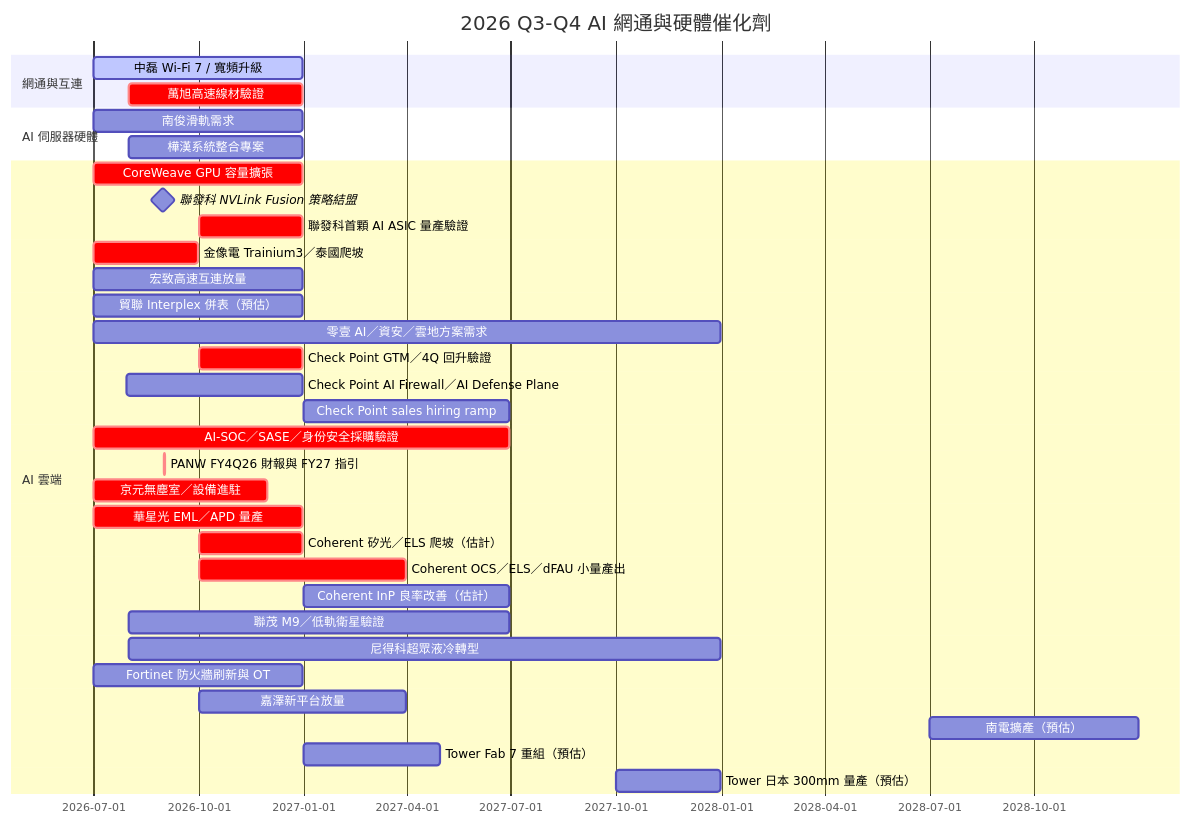
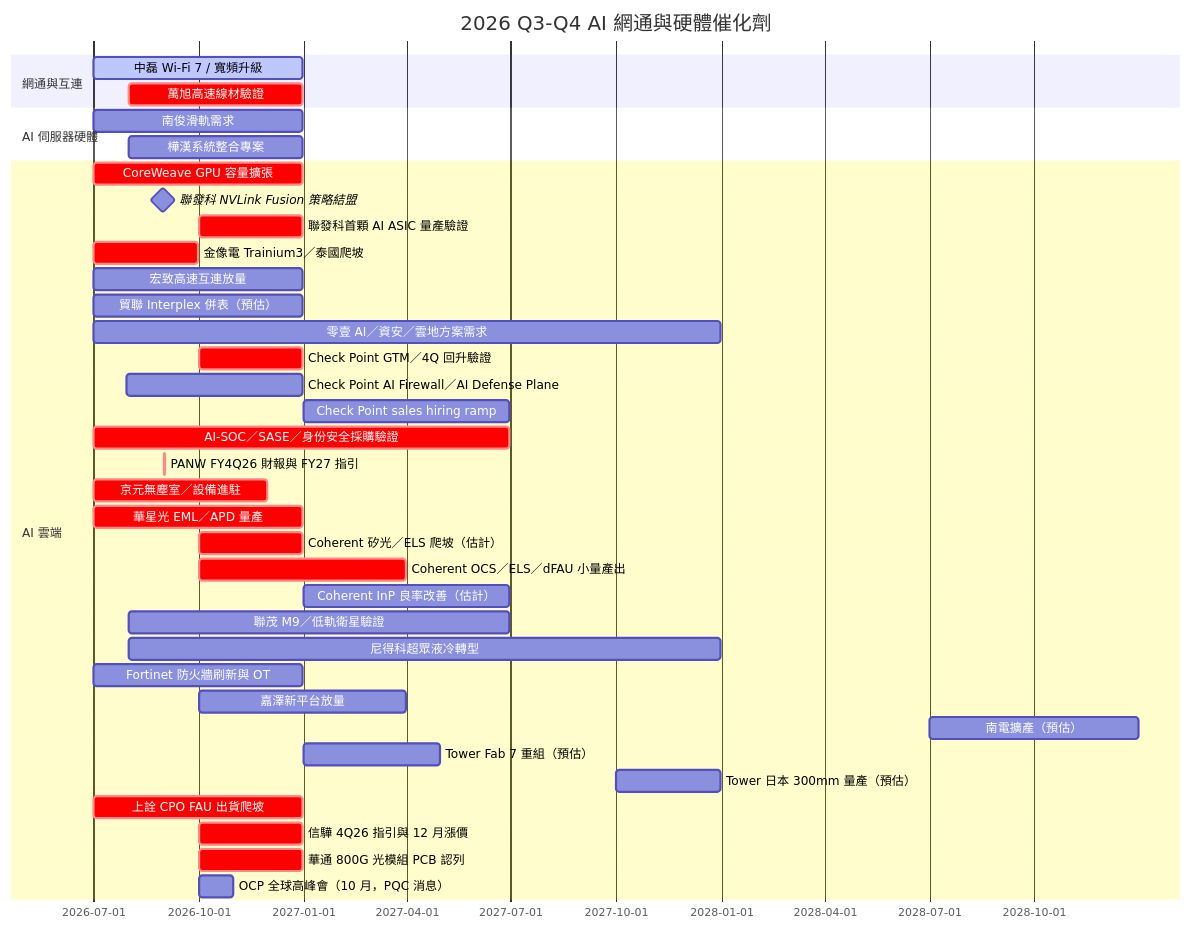
Before and after one commit to kevn950324/wiki_Stockv2: the third of 4 diagrams in content/lib/5.schedule/時程_2026Q3Q4_AI網通與硬體催化劑.md, drawn with Mermaid. The commit also changed other lines of this file and 44 other files, not shown here.

````diff
--- a/content/lib/5.schedule/時程_2026Q3Q4_AI網通與硬體催化劑.md
+++ b/content/lib/5.schedule/時程_2026Q3Q4_AI網通與硬體催化劑.md
@@ -214,36 +227,40 @@
 ```mermaid
 gantt
     title 2026 Q3-Q4 AI 網通與硬體催化劑
     dateFormat YYYY-MM-DD
     section 網通與互連
     中磊 Wi-Fi 7 / 寬頻升級 :active, 2026-07-01, 2026-12-31
     萬旭高速線材驗證 :crit, 2026-08-01, 2026-12-31
     section AI 伺服器硬體
     南俊滑軌需求 :2026-07-01, 2026-12-31
     樺漢系統整合專案 :2026-08-01, 2026-12-31
     section AI 雲端
     CoreWeave GPU 容量擴張 :crit, 2026-07-01, 2026-12-31
     聯發科 NVLink Fusion 策略結盟 :milestone, 2026-08-31, 0d
     聯發科首顆 AI ASIC 量產驗證 :crit, 2026-10-01, 2026-12-31
     金像電 Trainium3／泰國爬坡 :crit, 2026-07-01, 2026-09-30
     宏致高速互連放量 :2026-07-01, 2026-12-31
     貿聯 Interplex 併表（預估） :2026-07-01, 2026-12-31
     零壹 AI／資安／雲地方案需求 :2026-07-01, 2027-12-31
     Check Point GTM／4Q 回升驗證 :crit, 2026-10-01, 2026-12-31
     Check Point AI Firewall／AI Defense Plane :2026-07-30, 2026-12-31
     Check Point sales hiring ramp :2027-01-01, 2027-06-30
     AI-SOC／SASE／身份安全採購驗證 :crit, 2026-07-01, 2027-06-30
     PANW FY4Q26 財報與 FY27 指引 :crit, 2026-09-01, 2026-09-02
     京元無塵室／設備進駐 :crit, 2026-07-01, 2026-11-30
     華星光 EML／APD 量產 :crit, 2026-07-01, 2026-12-31
     Coherent 矽光／ELS 爬坡（估計） :crit, 2026-10-01, 2026-12-31
     Coherent OCS／ELS／dFAU 小量產出 :crit, 2026-10-01, 2027-03-31
     Coherent InP 良率改善（估計） :2027-01-01, 2027-06-30
     聯茂 M9／低軌衛星驗證 :2026-08-01, 2027-06-30
     尼得科超眾液冷轉型 :2026-08-01, 2027-12-31
     Fortinet 防火牆刷新與 OT :2026-07-01, 2026-12-31
     嘉澤新平台放量 :2026-10-01, 2027-03-31
     南電擴產（預估） :2028-07-01, 2028-12-31
     Tower Fab 7 重組（預估） :2027-01-01, 2027-04-30
     Tower 日本 300mm 量產（預估） :2027-10-01, 2027-12-31
+    上詮 CPO FAU 出貨爬坡 :crit, 2026-07-01, 2026-12-31
+    信驊 4Q26 指引與 12 月漲價 :crit, 2026-10-01, 2026-12-31
+    華通 800G 光模組 PCB 認列 :crit, 2026-10-01, 2026-12-31
+    OCP 全球高峰會（10 月，PQC 消息） :2026-10-01, 2026-10-31
 ```
````
